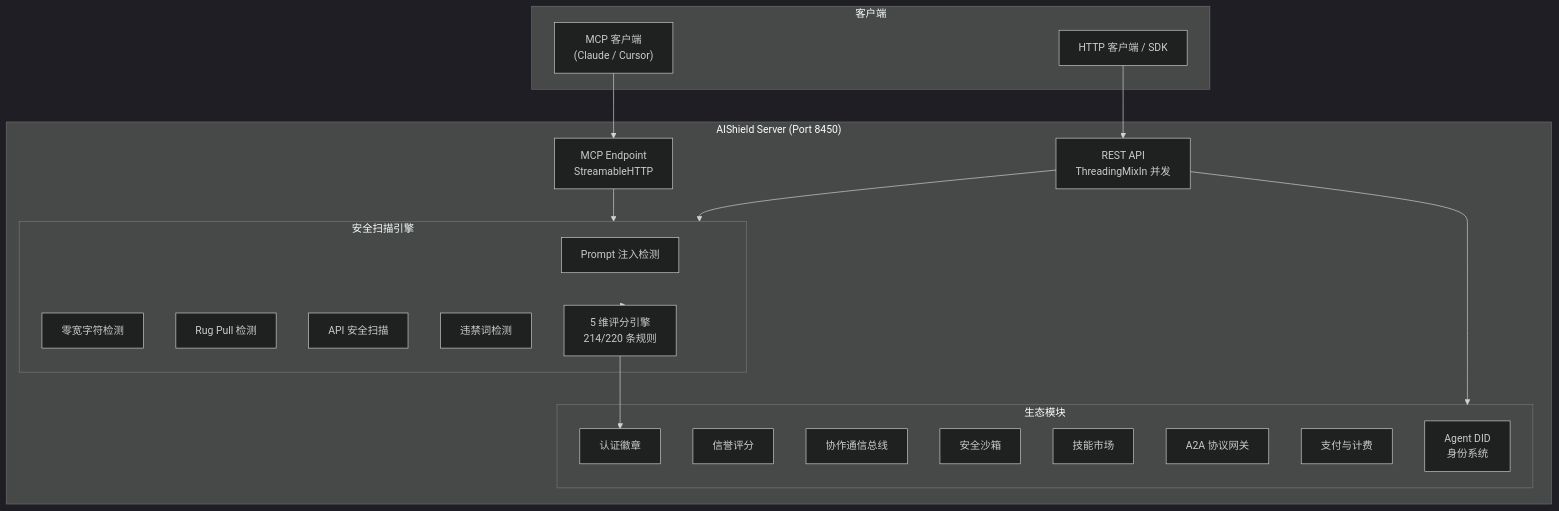
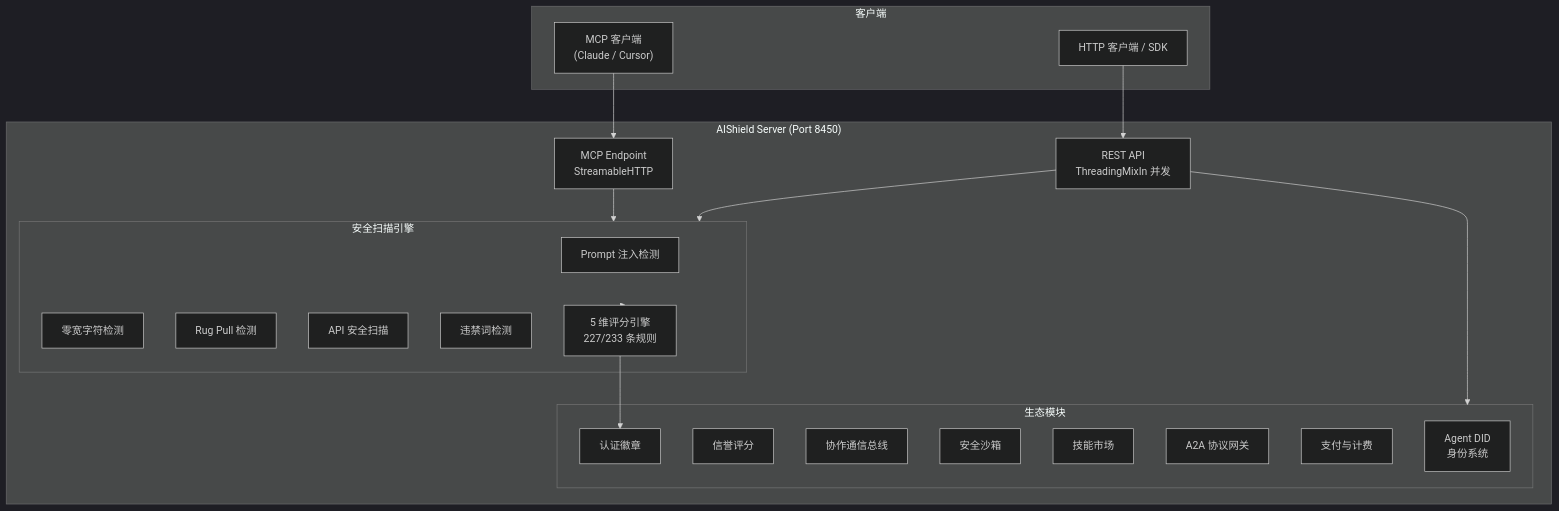
The diagram in README.md (lm203688/aishield), drawn with Mermaid (dark theme) before and after one commit. The commit also changed other lines of this file, not shown here.

````diff
--- a/README.md
+++ b/README.md
@@ -250,40 +250,40 @@
 ```mermaid
 graph TB
     subgraph Clients["客户端"]
         MCP["MCP 客户端<br/>(Claude / Cursor)"]
         SDK["HTTP 客户端 / SDK"]
     end
 
     subgraph Server["AIShield Server (Port 8450)"]
         API["REST API<br/>ThreadingMixIn 并发"]
         MCPE["MCP Endpoint<br/>StreamableHTTP"]
 
         subgraph Scanner["安全扫描引擎"]
             PE["Prompt 注入检测"]
             MW["零宽字符检测"]
             RP["Rug Pull 检测"]
             AS["API 安全扫描"]
             BW["违禁词检测"]
-            SC["5 维评分引擎<br/>214/220 条规则"]
+            SC["5 维评分引擎<br/>227/233 条规则"]
         end
 
         subgraph Eco["生态模块"]
             ID["Agent DID<br/>身份系统"]
             RP2["信誉评分"]
             CO["协作通信总线"]
             SB["安全沙箱"]
             MK["技能市场"]
             A2A["A2A 协议网关"]
             PAY["支付与计费"]
             BD["认证徽章"]
         end
     end
 
     MCP --> MCPE
     SDK --> API
     MCPE --> Scanner
     API --> Scanner
     API --> Eco
     Scanner --> SC
     SC --> BD
 ```
````
